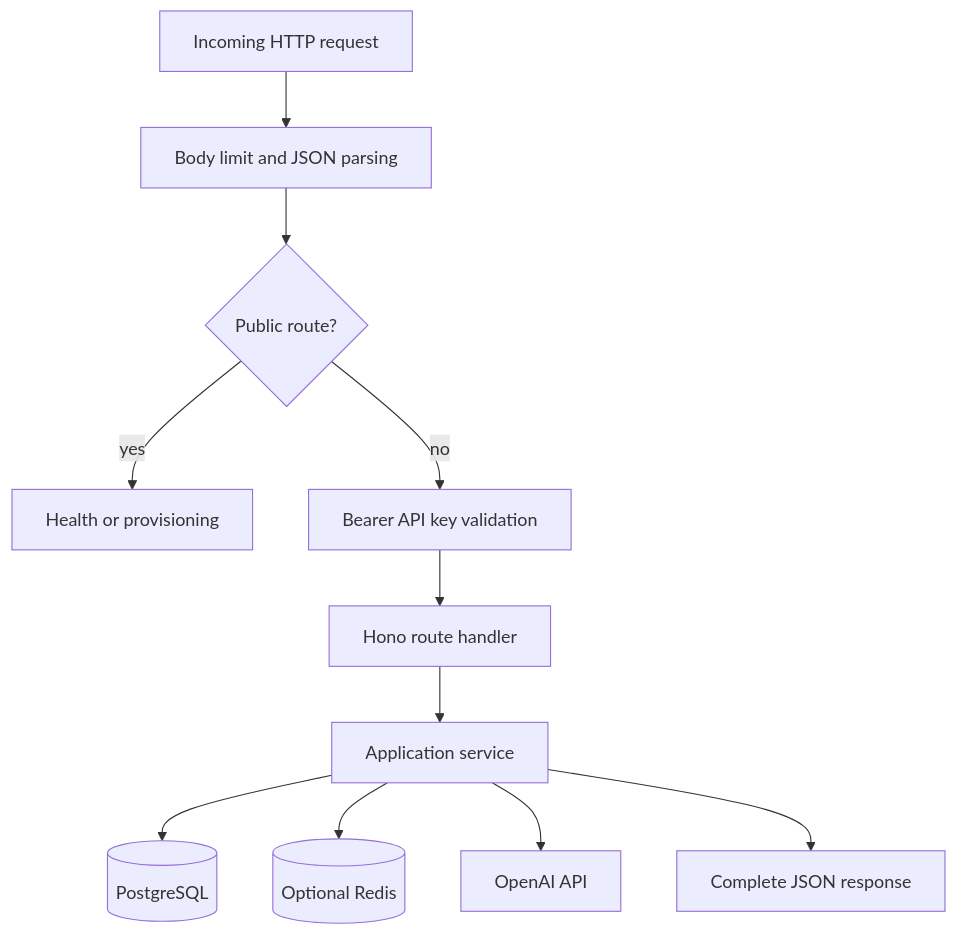
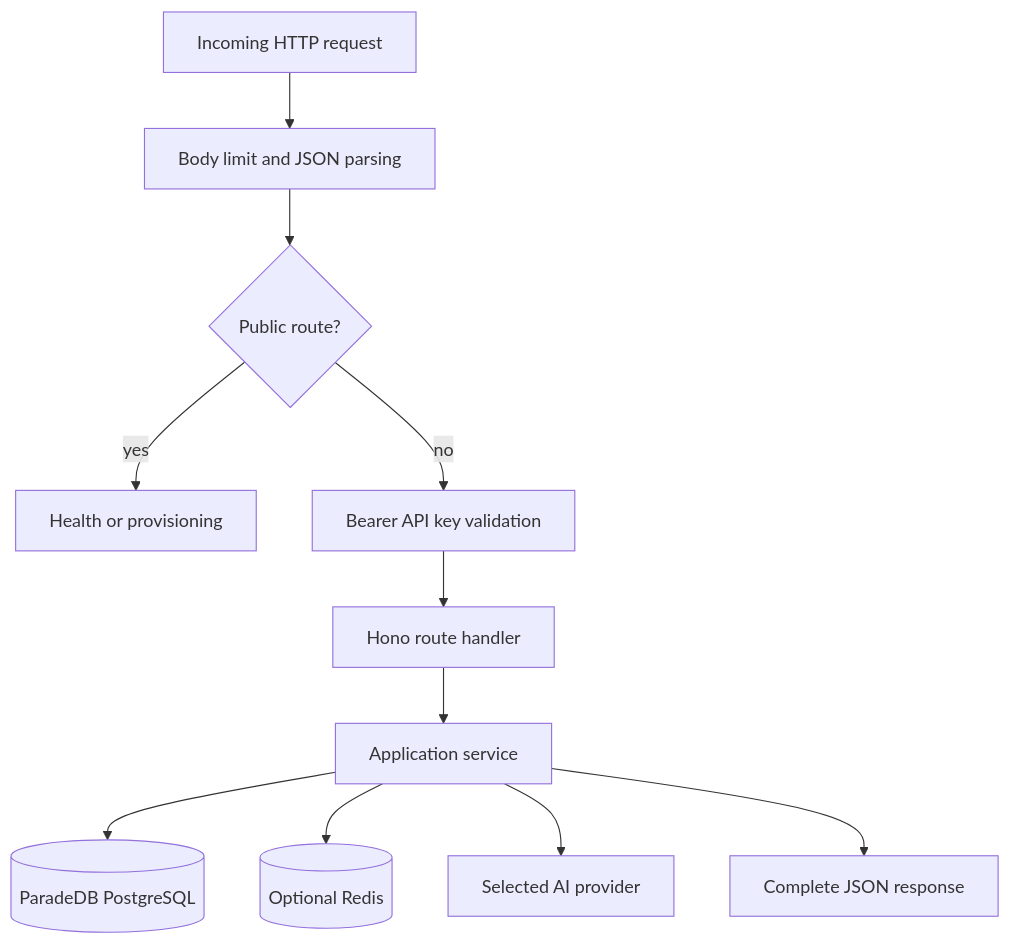
One commit to sovware/ask-sunny-docs changed the first of 5 diagrams in server/SERVER_APP_ARCHITECTURE.md. Above: the diagram before and after it, drawn with Mermaid. The commit also changed other lines of this file and 14 other files, not shown here.

````diff
--- a/server/SERVER_APP_ARCHITECTURE.md
+++ b/server/SERVER_APP_ARCHITECTURE.md
@@ -71,13 +94,13 @@
 ```mermaid
 flowchart TD
   Request[Incoming HTTP request] --> BodyLimit[Body limit and JSON parsing]
   BodyLimit --> Auth{Public route?}
   Auth -- yes --> PublicRoute[Health or provisioning]
   Auth -- no --> ApiKey[Bearer API key validation]
   ApiKey --> Route[Hono route handler]
   Route --> Service[Application service]
-  Service --> DB[(PostgreSQL)]
+  Service --> DB[(ParadeDB PostgreSQL)]
   Service --> Cache[(Optional Redis)]
-  Service --> OpenAI[OpenAI API]
+  Service --> Provider[Selected AI provider]
   Service --> Response[Complete JSON response]
 ```
````
